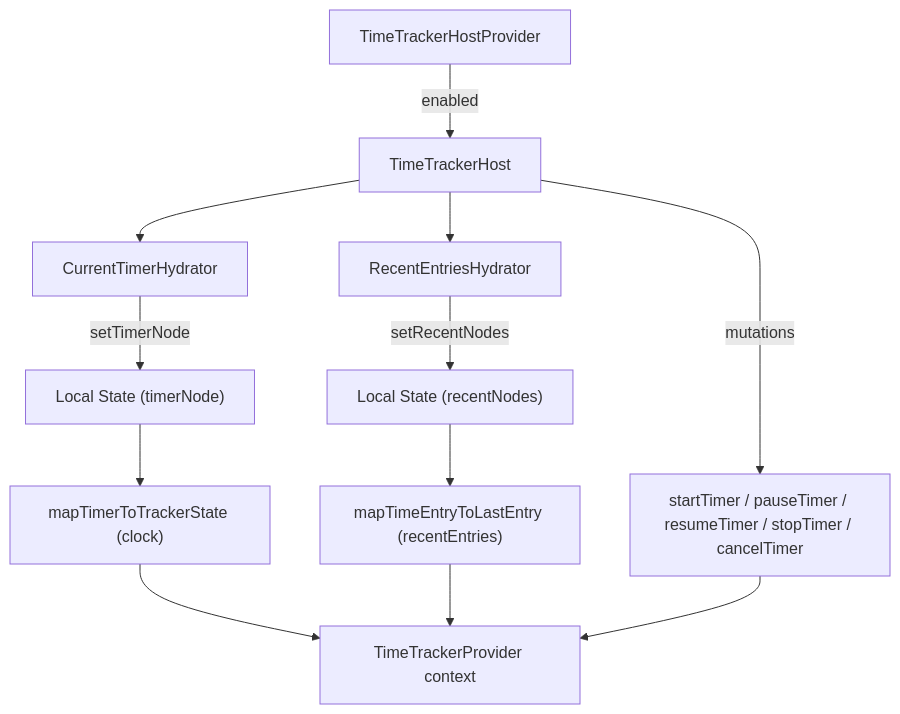
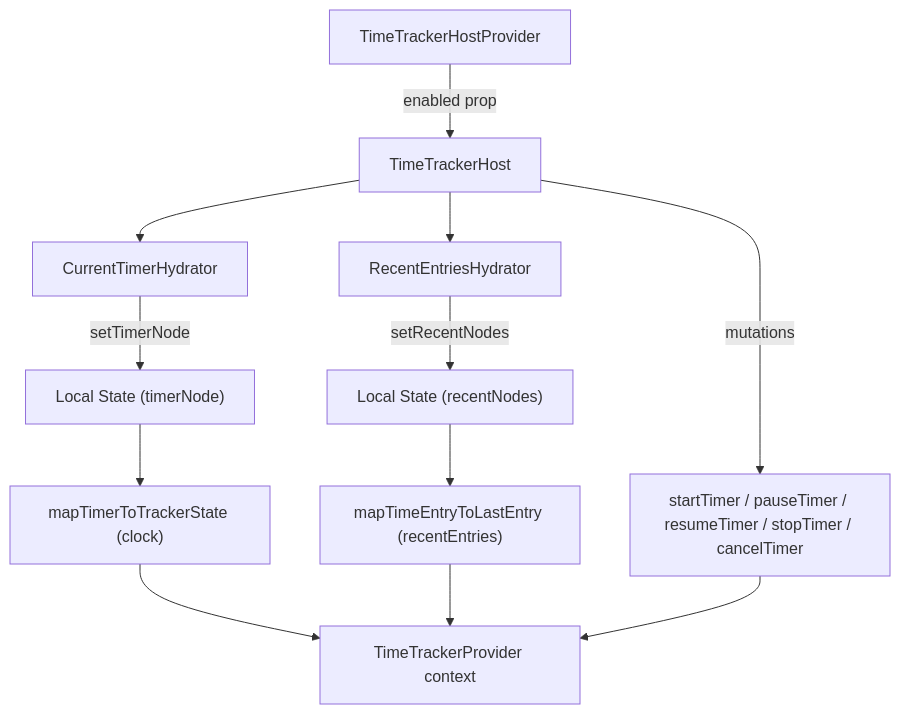
One commit to flamingo-stack/openframe-oss-frontend changed the diagram in src/app/components/.time-tracker-host-provider.md. Above: the diagram before and after it, drawn with Mermaid. The commit also changed other lines of this file and 6 other files, not shown here.

````diff
--- a/src/app/components/.time-tracker-host-provider.md
+++ b/src/app/components/.time-tracker-host-provider.md
@@ -33,14 +33,14 @@
 ```mermaid
 graph TD
-    A[TimeTrackerHostProvider] -->|enabled| B[TimeTrackerHost]
+    A[TimeTrackerHostProvider] -->|enabled prop| B[TimeTrackerHost]
     B --> C[CurrentTimerHydrator]
     B --> D[RecentEntriesHydrator]
     C -->|setTimerNode| E["Local State (timerNode)"]
     D -->|setRecentNodes| F["Local State (recentNodes)"]
     E --> G["mapTimerToTrackerState (clock)"]
     F --> H["mapTimeEntryToLastEntry (recentEntries)"]
     G --> I[TimeTrackerProvider context]
     H --> I
     B -->|mutations| J["startTimer / pauseTimer / resumeTimer / stopTimer / cancelTimer"]
     J --> I
 ```
````
